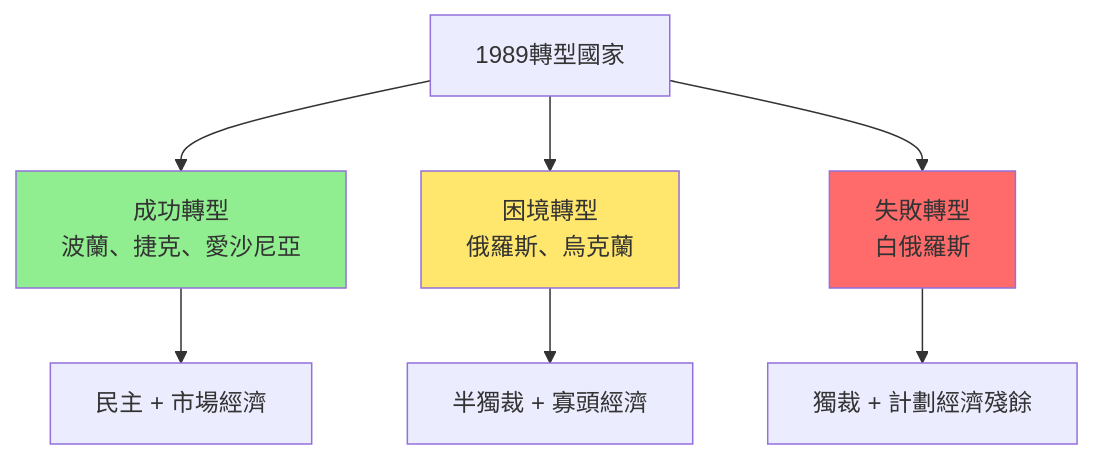
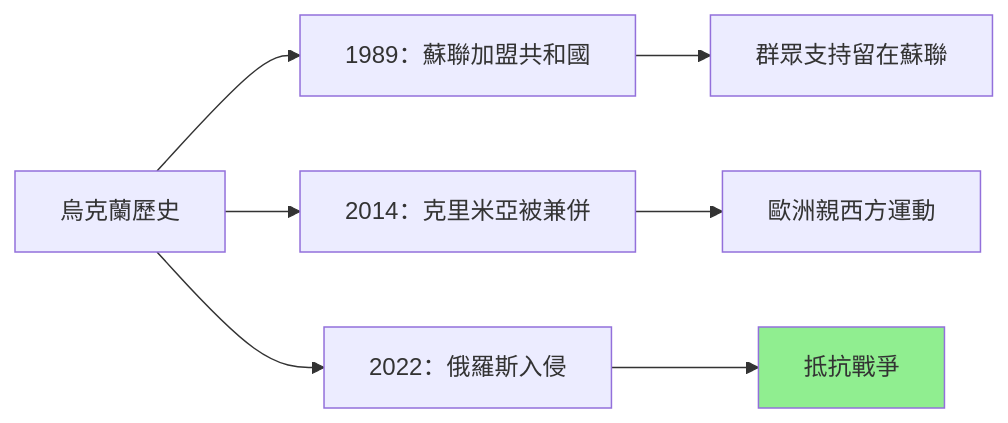
The ninth of 10 diagrams in 01_HKU_Courses/HIST2152_Late_socialism.md (yip-lgtm/HKU-Harvard-History-Self-Study), drawn with Mermaid before and after one commit. The commit also changed other lines of this file and 7 other files, not shown here.

````diff
--- a/01_HKU_Courses/HIST2152_Late_socialism.md
+++ b/01_HKU_Courses/HIST2152_Late_socialism.md
@@ -258,12 +321,10 @@
 ```mermaid
-graph TD
-    A["1989轉型國家"] --> B["成功轉型<br/>波蘭、捷克、愛沙尼亞"]
-    A --> C["困境轉型<br/>俄羅斯、烏克蘭"]
-    A --> D["失敗轉型<br/>白俄羅斯"]
-    B --> E["民主 + 市場經濟"]
-    C --> F["半獨裁 + 寡頭經濟"]
-    D --> G["獨裁 + 計劃經濟殘餘"]
-    style B fill:#90EE90
-    style C fill:#FFE66D
-    style D fill:#FF6B6B
+graph LR
+    A["烏克蘭歷史"] --> B["1989：蘇聯加盟共和國"]
+    A --> C["2014：克里米亞被兼併"]
+    A --> D["2022：俄羅斯入侵"]
+    B --> E["群眾支持留在蘇聯"]
+    C --> F["歐洲親西方運動"]
+    D --> G["抵抗戰爭"]
+    style G fill:#90EE90
 ```
````
